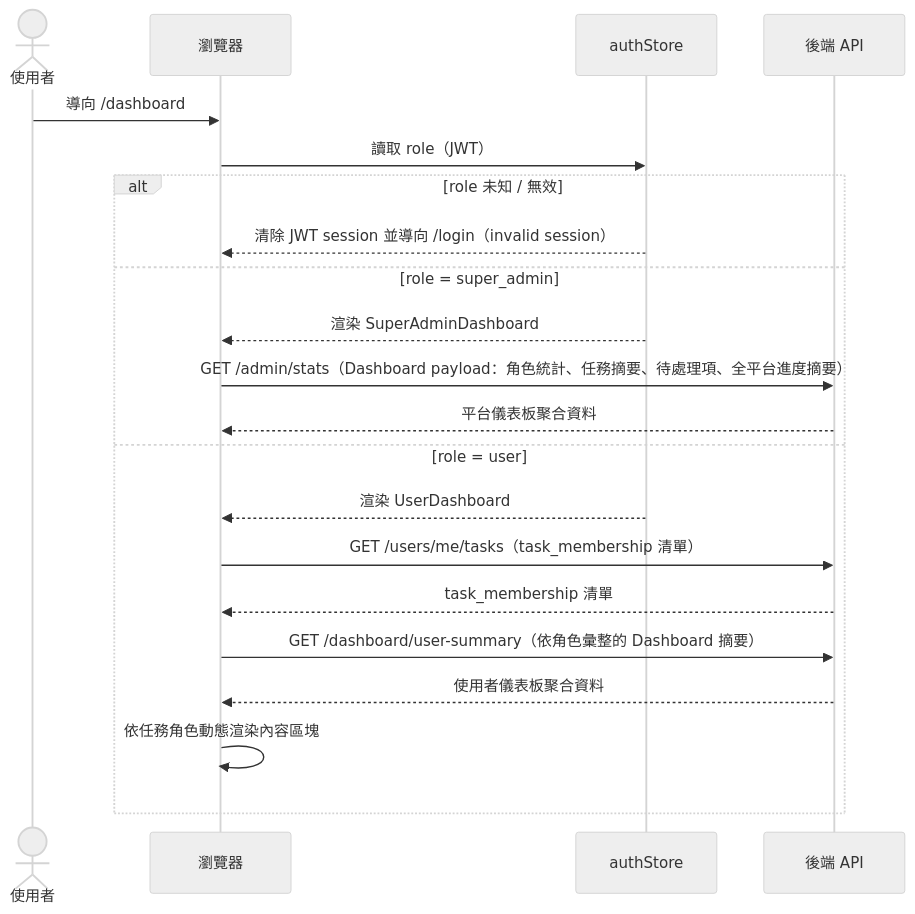
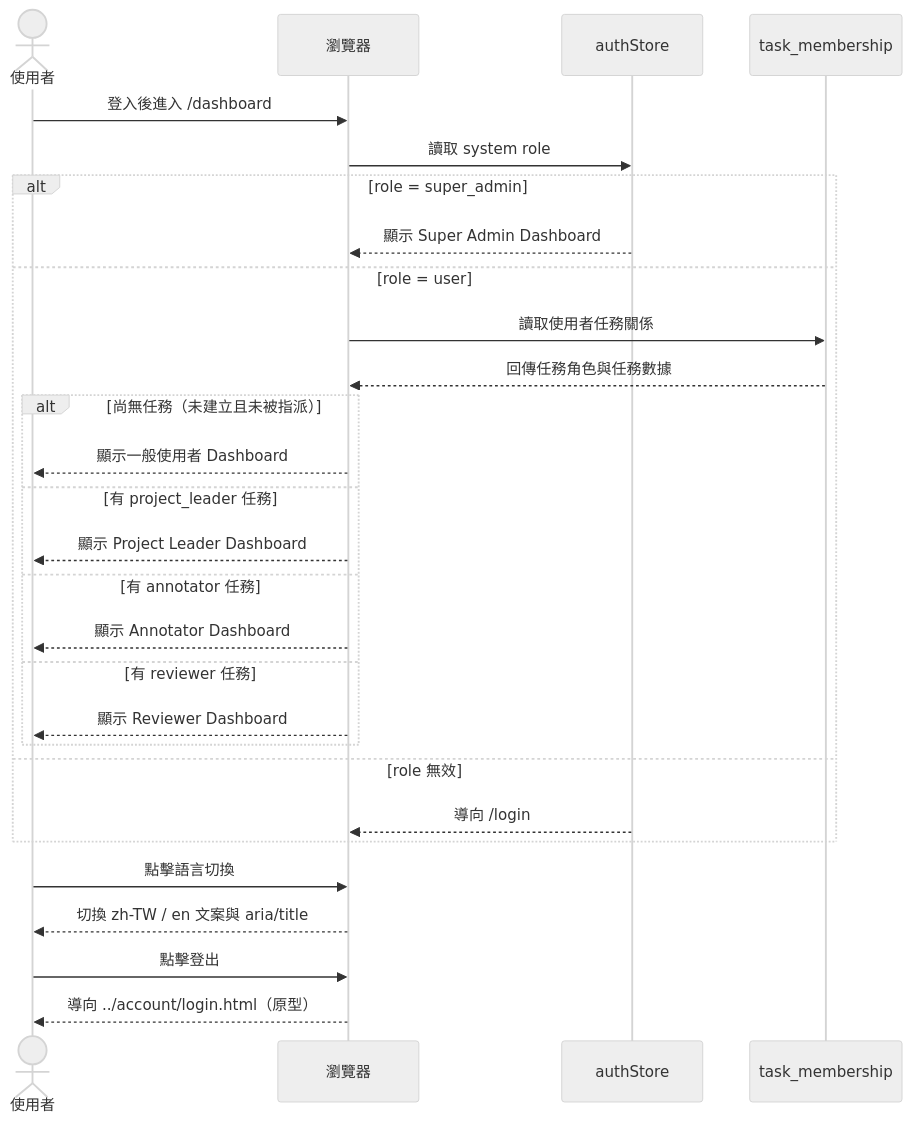
Before and after one commit to singyichen/label-suite: the first of 2 diagrams in specs/dashboard/012-dashboard/spec.md, drawn with Mermaid (neutral theme). The commit also changed other lines of this file and 1 other file, not shown here.

Commit message:
refine dashboard mobile nav layout and align spec details

````diff
--- a/specs/dashboard/012-dashboard/spec.md
+++ b/specs/dashboard/012-dashboard/spec.md
@@ -38,25 +16,34 @@
 ```mermaid
 sequenceDiagram
     actor 使用者
     participant 瀏覽器
     participant authStore
-    participant 後端API as 後端 API
+    participant membership as task_membership
 
-    使用者->>瀏覽器: 導向 /dashboard
-    瀏覽器->>authStore: 讀取 role（JWT）
+    使用者->>瀏覽器: 登入後進入 /dashboard
+    瀏覽器->>authStore: 讀取 system role
 
-    alt role 未知 / 無效
-        authStore-->>瀏覽器: 清除 JWT session 並導向 /login（invalid session）
-    else role = super_admin
-        authStore-->>瀏覽器: 渲染 SuperAdminDashboard
-        瀏覽器->>後端API: GET /admin/stats（Dashboard payload：角色統計、任務摘要、待處理項、全平台進度摘要）
-        後端API-->>瀏覽器: 平台儀表板聚合資料
+    alt role = super_admin
+        authStore-->>瀏覽器: 顯示 Super Admin Dashboard
     else role = user
-        authStore-->>瀏覽器: 渲染 UserDashboard
-        瀏覽器->>後端API: GET /users/me/tasks（task_membership 清單）
-        後端API-->>瀏覽器: task_membership 清單
-        瀏覽器->>後端API: GET /dashboard/user-summary（依角色彙整的 Dashboard 摘要）
-        後端API-->>瀏覽器: 使用者儀表板聚合資料
-        瀏覽器->>瀏覽器: 依任務角色動態渲染內容區塊
+        瀏覽器->>membership: 讀取使用者任務關係
+        membership-->>瀏覽器: 回傳任務角色與任務數據
+        alt 尚無任務（未建立且未被指派）
+            瀏覽器-->>使用者: 顯示一般使用者 Dashboard
+        else 有 project_leader 任務
+            瀏覽器-->>使用者: 顯示 Project Leader Dashboard
+        else 有 annotator 任務
+            瀏覽器-->>使用者: 顯示 Annotator Dashboard
+        else 有 reviewer 任務
+            瀏覽器-->>使用者: 顯示 Reviewer Dashboard
+        end
+    else role 無效
+        authStore-->>瀏覽器: 導向 /login
     end
+
+    使用者->>瀏覽器: 點擊語言切換
+    瀏覽器-->>使用者: 切換 zh-TW / en 文案與 aria/title
+
+    使用者->>瀏覽器: 點擊登出
+    瀏覽器-->>使用者: 導向 ../account/login.html（原型）
 ```
````
